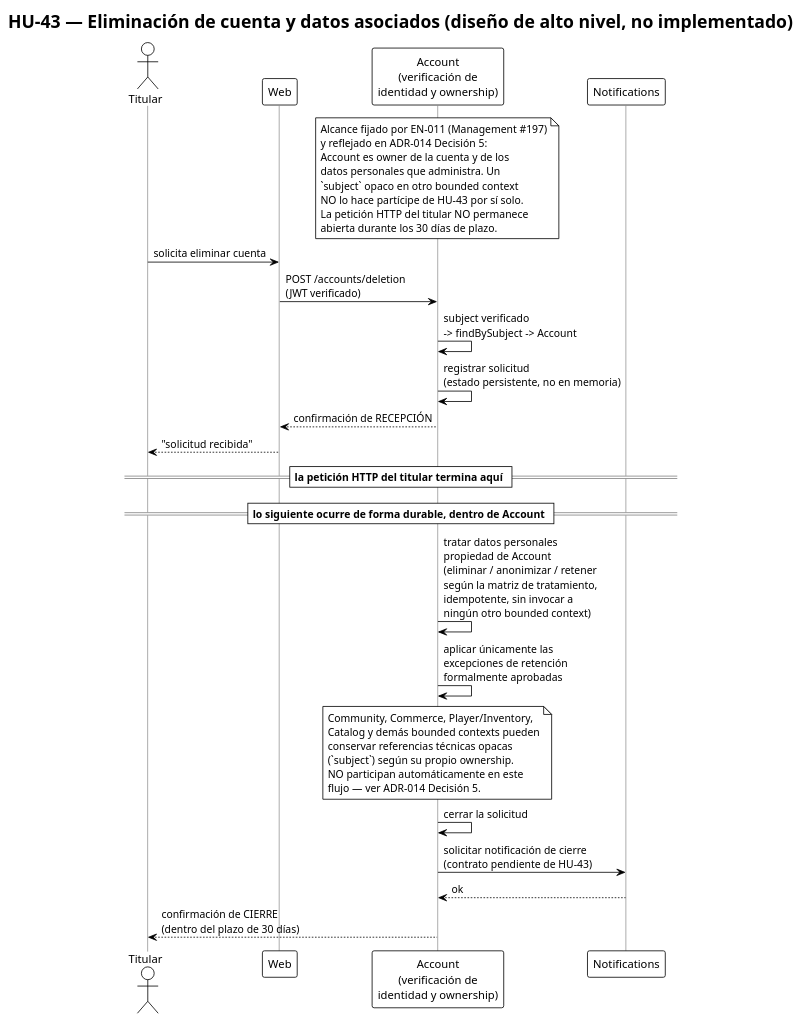
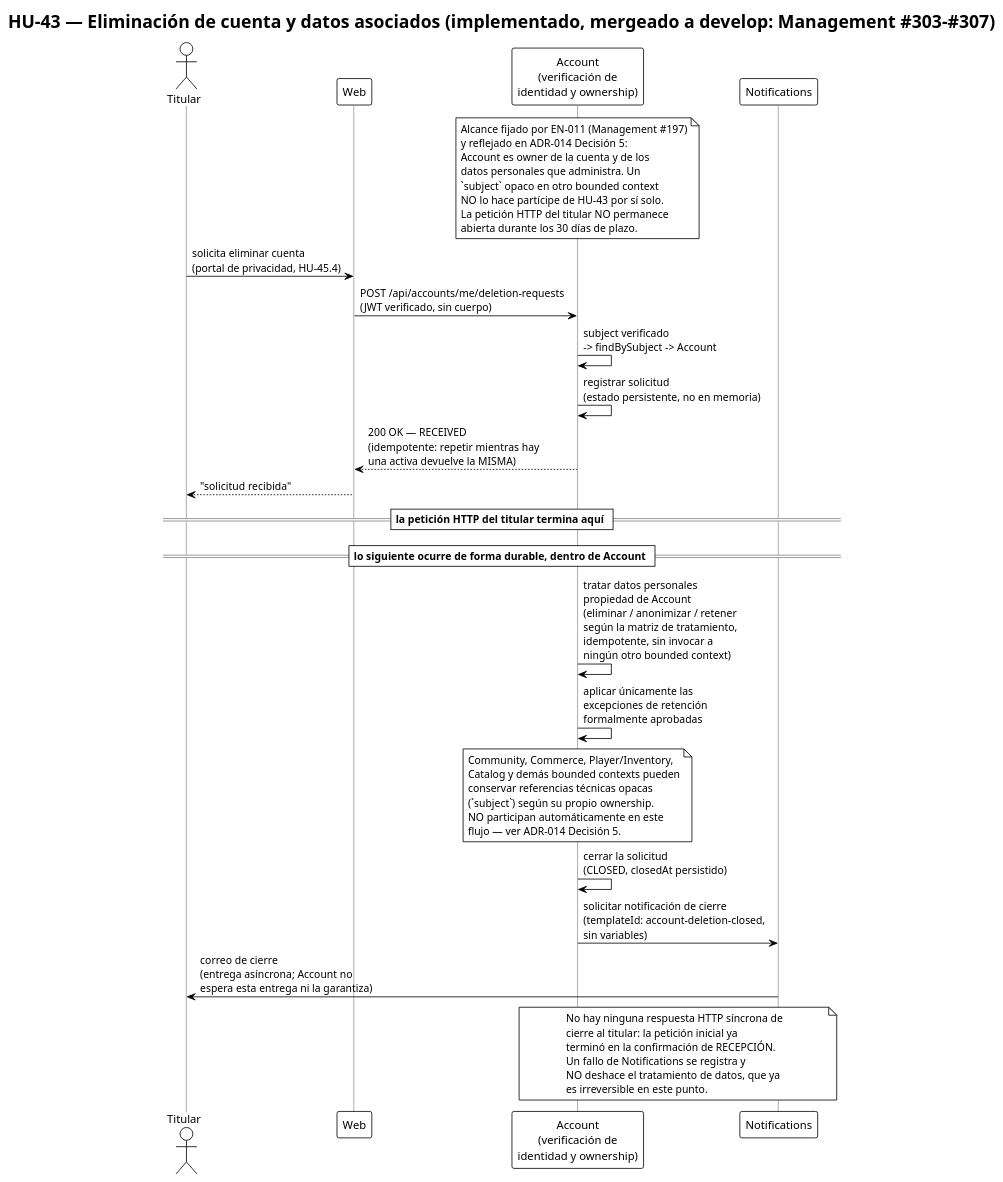
Before and after one commit to Nexus-Battle-VI/Nexus-Battle-Infrastructure: the diagram in docs/diagrams/hu-43-sequence-deletion.puml, drawn with PlantUML. The commit also changed 5 other files, not shown here.

```diff
--- a/docs/diagrams/hu-43-sequence-deletion.puml
+++ b/docs/diagrams/hu-43-sequence-deletion.puml
@@ -1,56 +1,63 @@
 @startuml hu-43-sequence-deletion
 !theme plain
-title HU-43 — Eliminación de cuenta y datos asociados (diseño de alto nivel, no implementado)
+title HU-43 — Eliminación de cuenta y datos asociados (implementado, mergeado a develop: Management #303-#307)
 
 skinparam defaultFontName sans-serif
 skinparam sequence {
   LifeLineBorderColor #999999
 }
 
 actor "Titular" as user
 participant "Web" as web
 participant "Account\n(verificación de\nidentidad y ownership)" as account
 participant "Notifications" as notify
 
 note over account
   Alcance fijado por EN-011 (Management #197)
   y reflejado en ADR-014 Decisión 5:
   Account es owner de la cuenta y de los
   datos personales que administra. Un
   `subject` opaco en otro bounded context
   NO lo hace partícipe de HU-43 por sí solo.
   La petición HTTP del titular NO permanece
   abierta durante los 30 días de plazo.
 end note
 
-user -> web : solicita eliminar cuenta
-web -> account : POST /accounts/deletion\n(JWT verificado)
+user -> web : solicita eliminar cuenta\n(portal de privacidad, HU-45.4)
+web -> account : POST /api/accounts/me/deletion-requests\n(JWT verificado, sin cuerpo)
 account -> account : subject verificado\n-> findBySubject -> Account
 account -> account : registrar solicitud\n(estado persistente, no en memoria)
-account --> web : confirmación de RECEPCIÓN
+account --> web : 200 OK — RECEIVED\n(idempotente: repetir mientras hay\nuna activa devuelve la MISMA)
 web --> user : "solicitud recibida"
 
 == la petición HTTP del titular termina aquí ==
 == lo siguiente ocurre de forma durable, dentro de Account ==
 
 account -> account : tratar datos personales\npropiedad de Account\n(eliminar / anonimizar / retener\nsegún la matriz de tratamiento,\nidempotente, sin invocar a\nningún otro bounded context)
 
 account -> account : aplicar únicamente las\nexcepciones de retención\nformalmente aprobadas
 
 note over account
   Community, Commerce, Player/Inventory,
   Catalog y demás bounded contexts pueden
   conservar referencias técnicas opacas
   (`subject`) según su propio ownership.
   NO participan automáticamente en este
   flujo — ver ADR-014 Decisión 5.
 end note
 
-account -> account : cerrar la solicitud
+account -> account : cerrar la solicitud\n(CLOSED, closedAt persistido)
 
-account -> notify : solicitar notificación de cierre\n(contrato pendiente de HU-43)
-notify --> account : ok
+account -> notify : solicitar notificación de cierre\n(templateId: account-deletion-closed,\nsin variables)
+notify -> user : correo de cierre\n(entrega asíncrona; Account no\nespera esta entrega ni la garantiza)
 
-account --> user : confirmación de CIERRE\n(dentro del plazo de 30 días)
+note over account, notify
+  No hay ninguna respuesta HTTP síncrona de
+  cierre al titular: la petición inicial ya
+  terminó en la confirmación de RECEPCIÓN.
+  Un fallo de Notifications se registra y
+  NO deshace el tratamiento de datos, que ya
+  es irreversible en este punto.
+end note
 
 @enduml
```
